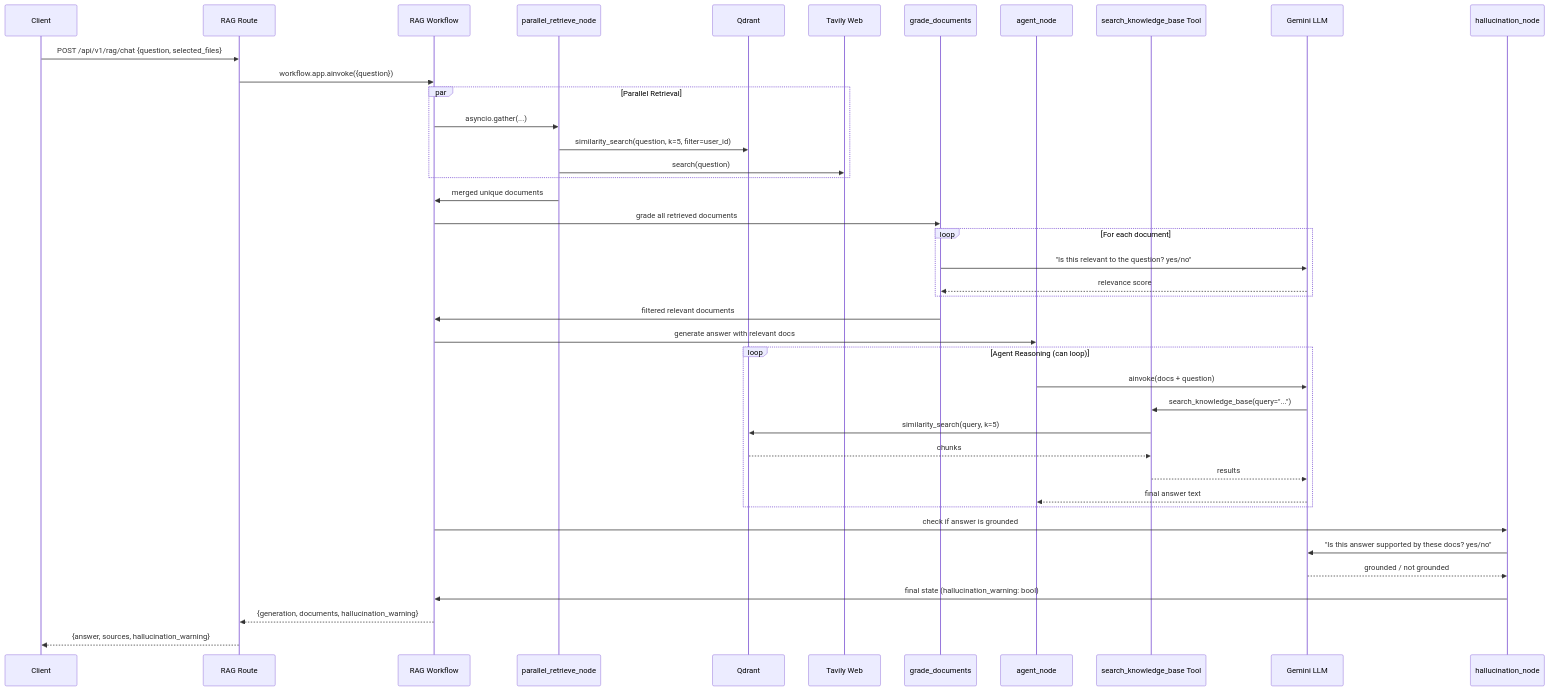
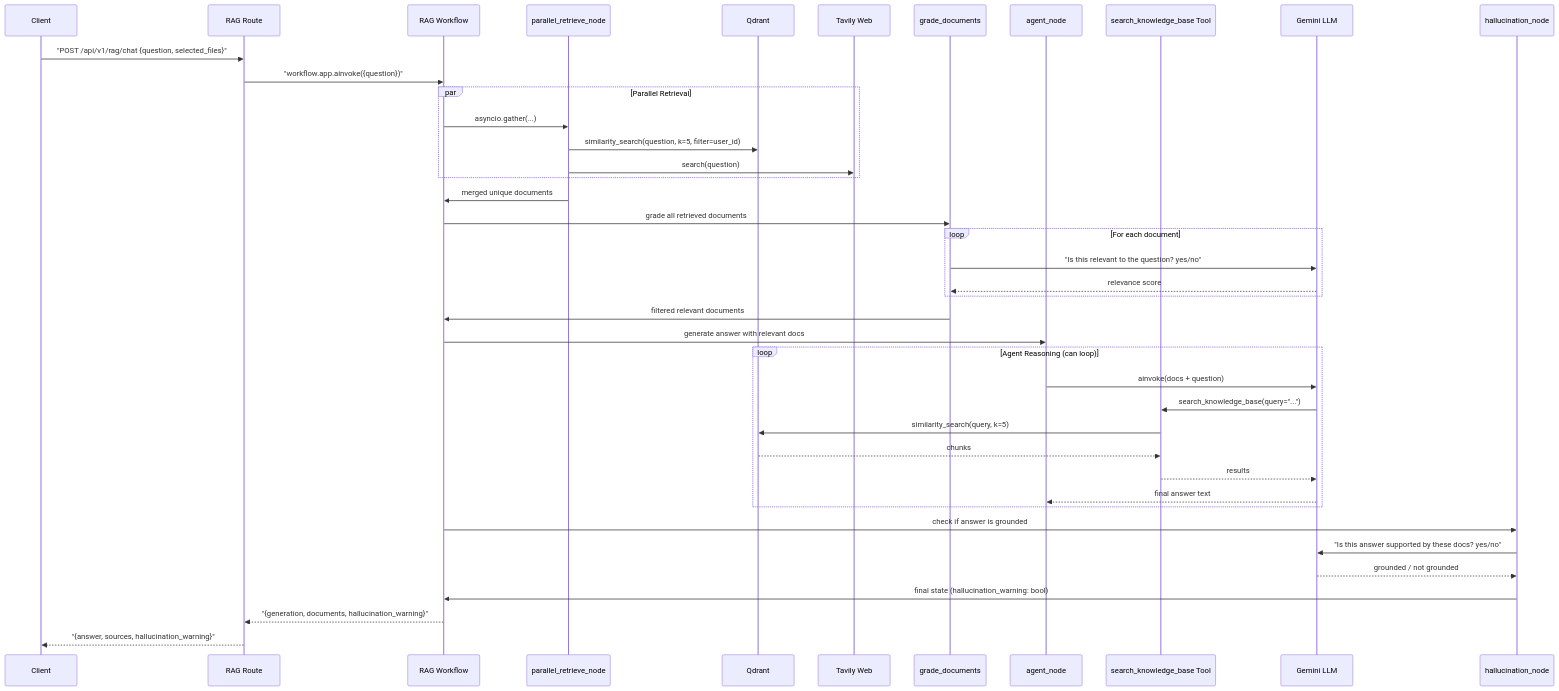
The sixth of 12 diagrams in README.md (ankit-raj00/Chatbot_backend), drawn with Mermaid before and after one commit. The commit also changed other lines of this file, not shown here.

Commit message:
docs: fix mermaid diagrams rendering syntax errors

````diff
--- a/README.md
+++ b/README.md
@@ -446,49 +445,49 @@
 ```mermaid
 sequenceDiagram
     participant CLIENT as Client
     participant RR as RAG Route
     participant RW as RAG Workflow
     participant PRN as parallel_retrieve_node
     participant QDRANT as Qdrant
     participant TAVILY as Tavily Web
     participant GN as grade_documents
     participant AN as agent_node
     participant TOOL as search_knowledge_base Tool
     participant GEMINI as Gemini LLM
     participant HN as hallucination_node
 
-    CLIENT->>RR: POST /api/v1/rag/chat {question, selected_files}
-    RR->>RW: workflow.app.ainvoke({question})
+    CLIENT->>RR: "POST /api/v1/rag/chat {question, selected_files}"
+    RR->>RW: "workflow.app.ainvoke({question})"
 
     par Parallel Retrieval
         RW->>PRN: asyncio.gather(...)
         PRN->>QDRANT: similarity_search(question, k=5, filter=user_id)
         PRN->>TAVILY: search(question)
     end
     PRN->>RW: merged unique documents
 
     RW->>GN: grade all retrieved documents
     loop For each document
         GN->>GEMINI: "Is this relevant to the question? yes/no"
         GEMINI-->>GN: relevance score
     end
     GN->>RW: filtered relevant documents
 
     RW->>AN: generate answer with relevant docs
     loop Agent Reasoning (can loop)
         AN->>GEMINI: ainvoke(docs + question)
         GEMINI->>TOOL: search_knowledge_base(query="...")
         TOOL->>QDRANT: similarity_search(query, k=5)
         QDRANT-->>TOOL: chunks
         TOOL-->>GEMINI: results
         GEMINI-->>AN: final answer text
     end
 
     RW->>HN: check if answer is grounded
     HN->>GEMINI: "Is this answer supported by these docs? yes/no"
     GEMINI-->>HN: grounded / not grounded
     HN->>RW: final state (hallucination_warning: bool)
 
-    RW-->>RR: {generation, documents, hallucination_warning}
-    RR-->>CLIENT: {answer, sources, hallucination_warning}
+    RW-->>RR: "{generation, documents, hallucination_warning}"
+    RR-->>CLIENT: "{answer, sources, hallucination_warning}"
 ```
````
